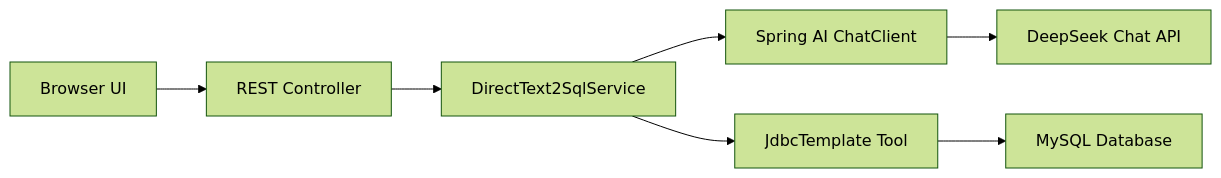
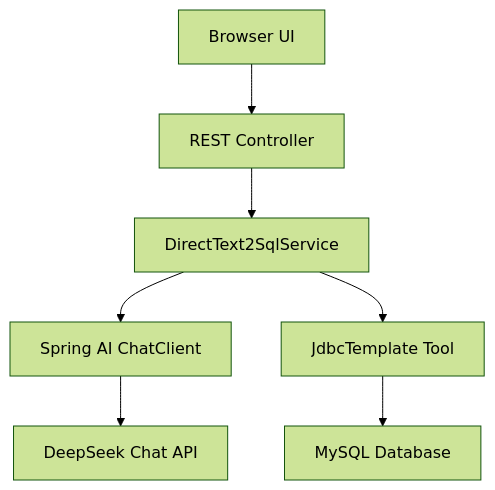
One commit to chensoul/chensoul.github.io changed the first of 3 diagrams in content/posts/techlog/2025-09-30-Spring AI 让数据库"听懂人话"：我的 Text2SQL 实践之旅.md. Above: the diagram before and after it, drawn with Mermaid (forest theme). The commit also changed other lines of this file and 25 other files, not shown here.

Commit message:
refactor: 添加 mermaid

````diff
--- a/content/posts/techlog/2025-09-30-Spring AI 让数据库"听懂人话"：我的 Text2SQL 实践之旅.md
+++ b/content/posts/techlog/2025-09-30-Spring AI 让数据库"听懂人话"：我的 Text2SQL 实践之旅.md
@@ -71,9 +72,9 @@
 ```mermaid
-flowchart LR
-User[Browser UI] --> Controller[REST Controller]
-Controller --> Service[DirectText2SqlService]
-Service --> ChatClient[Spring AI ChatClient]
-Service --> DatabaseTool[JdbcTemplate Tool]
-ChatClient --> DeepSeek[DeepSeek Chat API]
-DatabaseTool --> MySQL[MySQL Database]
+flowchart TD
+  User["Browser UI"] --> Controller["REST Controller"]
+  Controller --> Service["DirectText2SqlService"]
+  Service --> ChatClient["Spring AI ChatClient"]
+  Service --> DatabaseTool["JdbcTemplate Tool"]
+  ChatClient --> DeepSeek["DeepSeek Chat API"]
+  DatabaseTool --> MySQL["MySQL Database"]
 ```
````
